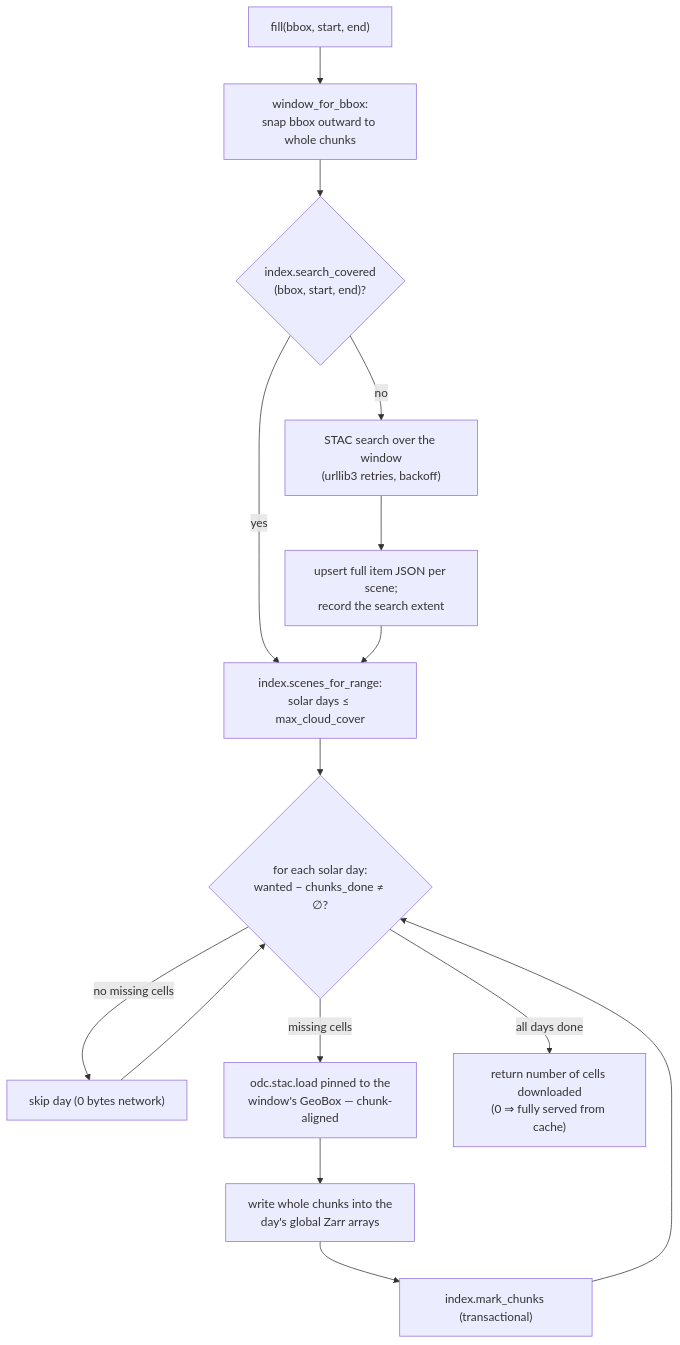
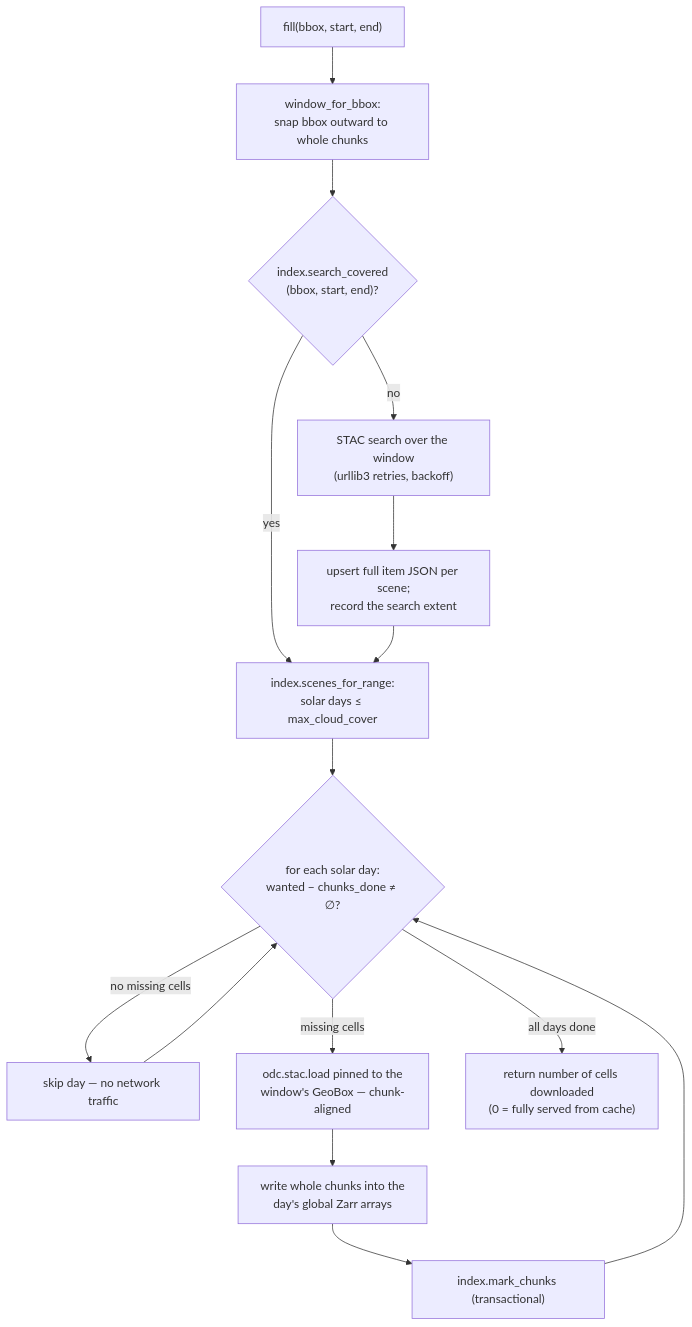
The second of 2 diagrams in docs/architecture.md (thestochasticman/pysentinel2), drawn with Mermaid before and after one commit. The commit also changed other lines of this file and 7 other files, not shown here.

````diff
--- a/docs/architecture.md
+++ b/docs/architecture.md
@@ -57,17 +57,17 @@
 ```mermaid
 flowchart TD
     A["fill(bbox, start, end)"] --> B["window_for_bbox:<br/>snap bbox outward to whole chunks"]
     B --> C{"index.search_covered<br/>(bbox, start, end)?"}
     C -- "no" --> D["STAC search over the window<br/>(urllib3 retries, backoff)"]
     D --> E["upsert full item JSON per scene;<br/>record the search extent"]
     C -- "yes" --> F["index.scenes_for_range:<br/>solar days ≤ max_cloud_cover"]
     E --> F
     F --> G{"for each solar day:<br/>wanted − chunks_done ≠ ∅?"}
-    G -- "no missing cells" --> K["skip day (0 bytes network)"]
+    G -- "no missing cells" --> K["skip day — no network traffic"]
     G -- "missing cells" --> H["odc.stac.load pinned to the<br/>window's GeoBox — chunk-aligned"]
     H --> I["write whole chunks into the<br/>day's global Zarr arrays"]
     I --> J["index.mark_chunks (transactional)"]
     J --> G
     K --> G
-    G -- "all days done" --> L["return number of cells downloaded<br/>(0 ⇒ fully served from cache)"]
+    G -- "all days done" --> L["return number of cells downloaded<br/>(0 = fully served from cache)"]
 ```
````
